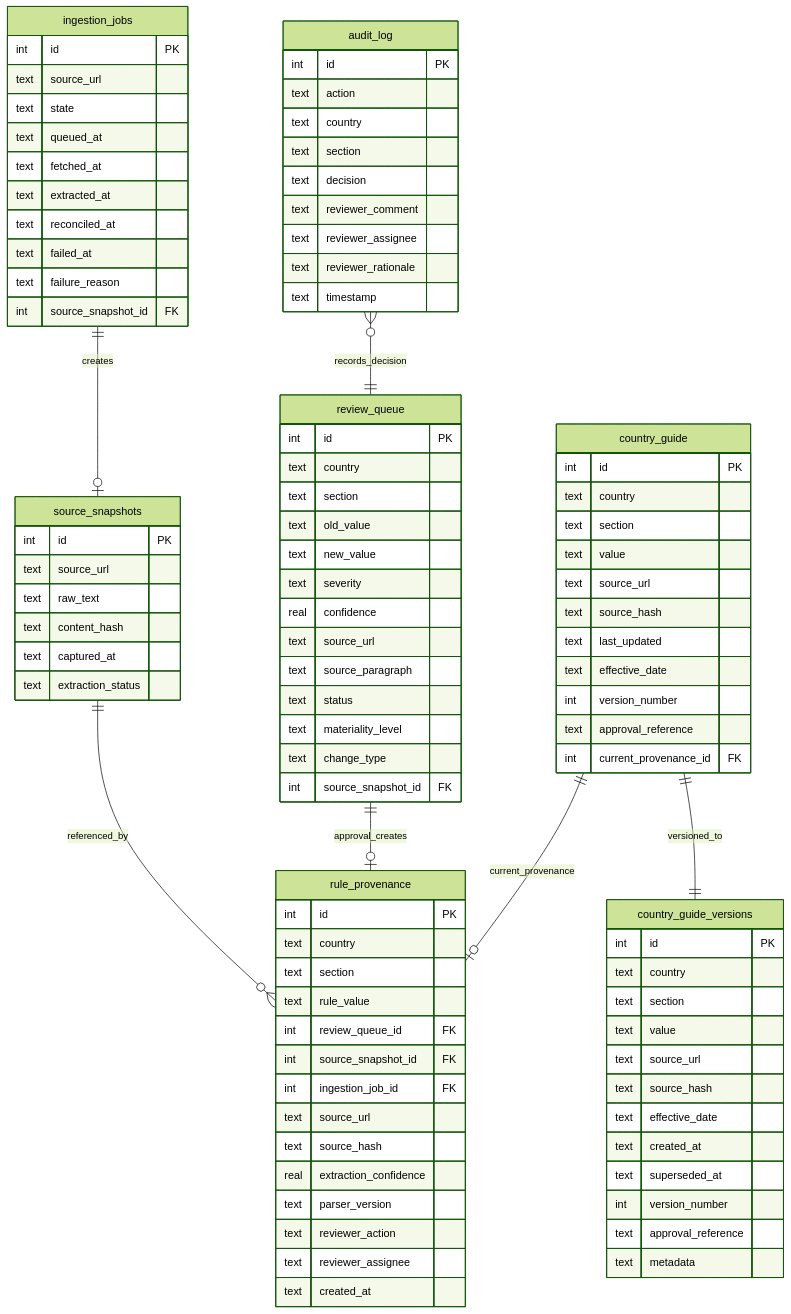
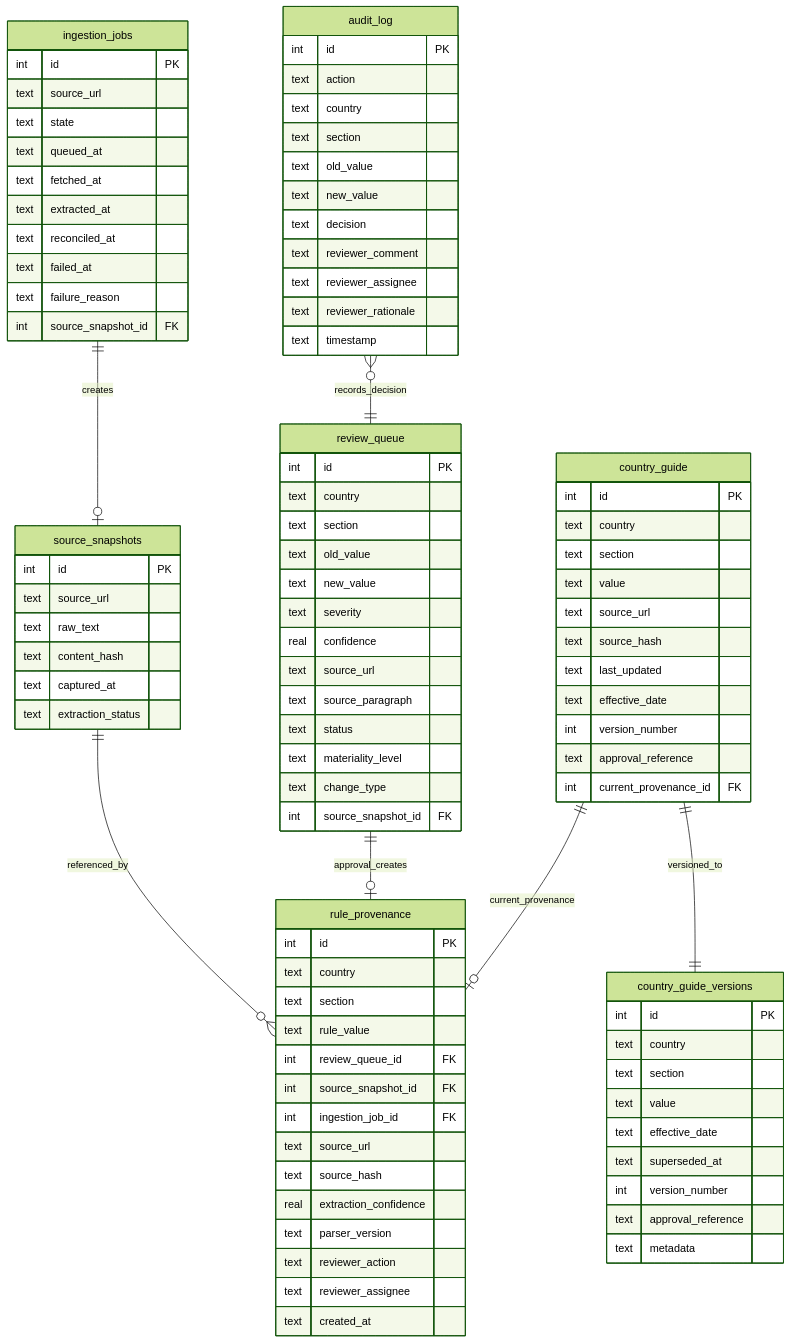
One commit to guptashivansh/country-guide-reconciliation changed the diagram in docs/architecture/database.md. Above: the diagram before and after it, drawn with Mermaid (forest theme). The commit also changed other lines of this file and 12 other files, not shown here.

```diff
--- a/docs/architecture/database.md
+++ b/docs/architecture/database.md
@@ -32,10 +38,7 @@
         text country
         text section
         text value
-        text source_url
-        text source_hash
         text effective_date
-        text created_at
         text superseded_at
         int version_number
         text approval_reference
@@ -63,6 +66,8 @@
         text action
         text country
         text section
+        text old_value
+        text new_value
         text decision
         text reviewer_comment
         text reviewer_assignee
```
